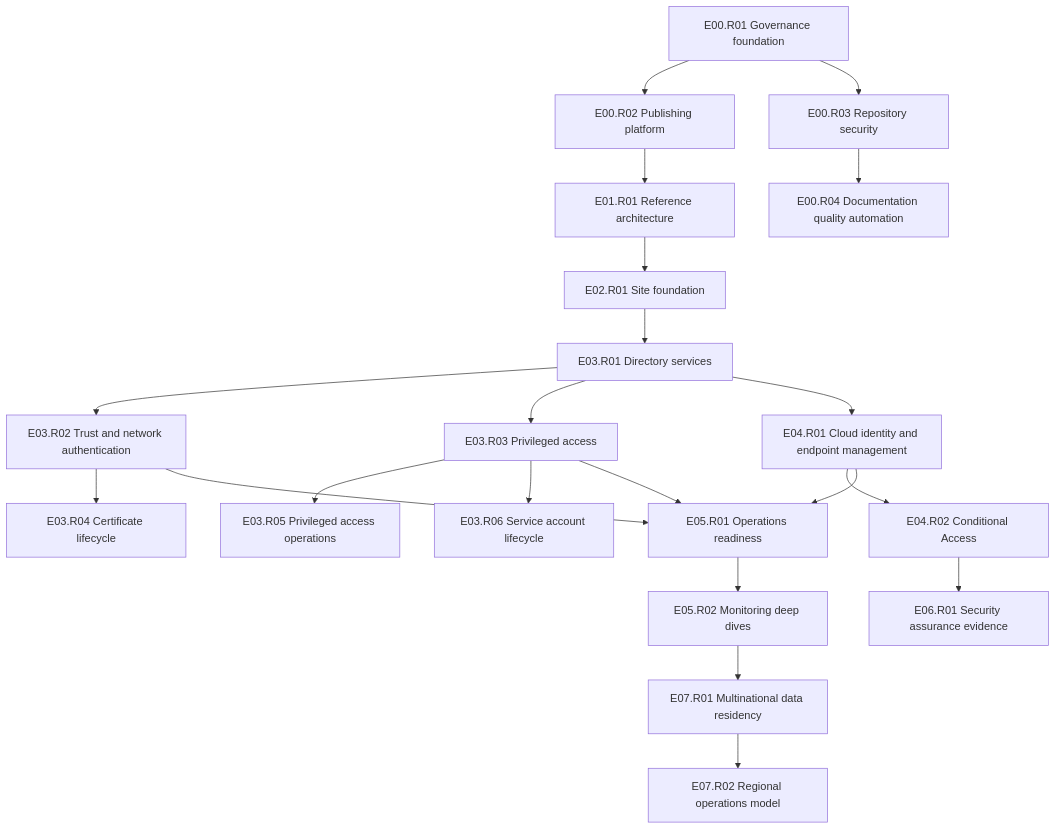
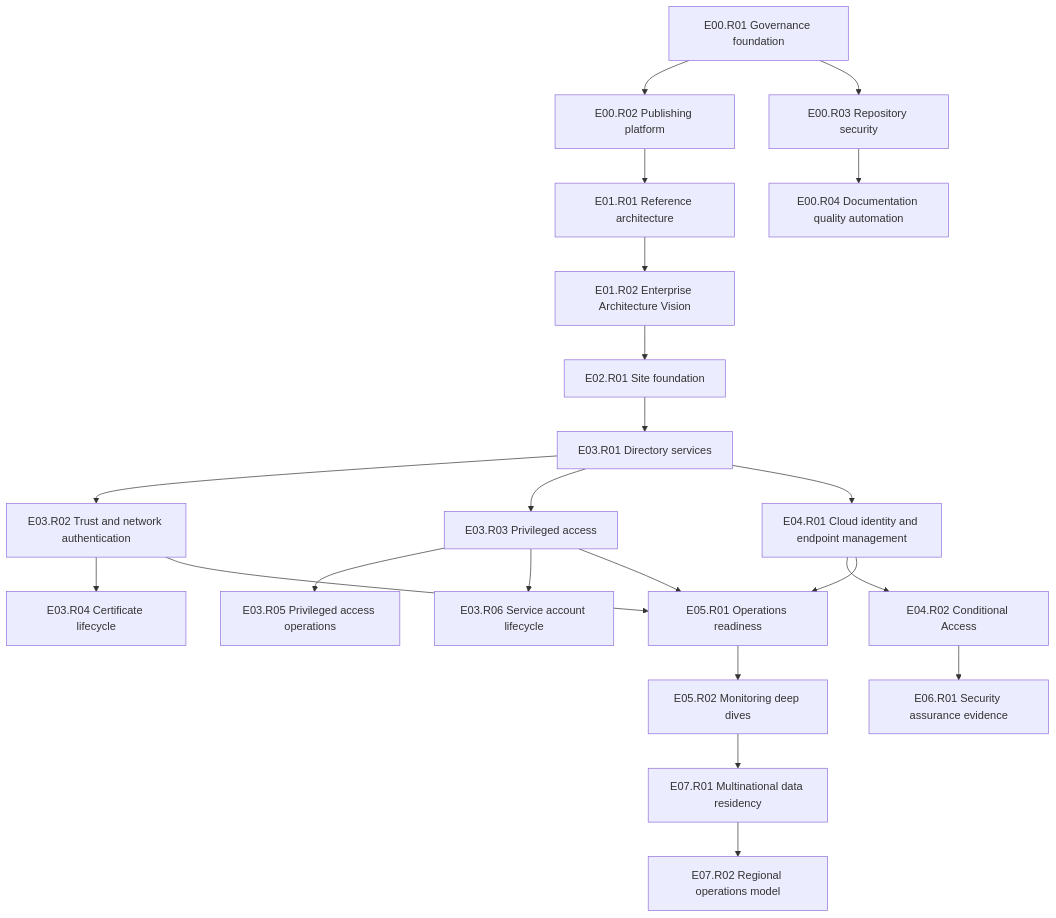
The second of 3 diagrams in docs/project/epic-release-architecture.md (gntech-dev/geil-enterprise-docs), drawn with Mermaid before and after one commit. The commit also changed other lines of this file and 14 other files, not shown here.

Commit message:
docs: establish enterprise architecture vision

````diff
--- a/docs/project/epic-release-architecture.md
+++ b/docs/project/epic-release-architecture.md
@@ -87,38 +87,39 @@
 ```mermaid
 flowchart TD
     R001[E00.R01 Governance foundation]
     R002[E00.R02 Publishing platform]
     R101[E01.R01 Reference architecture]
+    R102[E01.R02 Enterprise Architecture Vision]
     R201[E02.R01 Site foundation]
     R301[E03.R01 Directory services]
     R302[E03.R02 Trust and network authentication]
     R303[E03.R03 Privileged access]
     R401[E04.R01 Cloud identity and endpoint management]
     R501[E05.R01 Operations readiness]
     R304[E03.R04 Certificate lifecycle]
     R402[E04.R02 Conditional Access]
     R305[E03.R05 Privileged access operations]
     R306[E03.R06 Service account lifecycle]
     R003[E00.R03 Repository security]
     R004[E00.R04 Documentation quality automation]
     R701[E07.R01 Multinational data residency]
     R502[E05.R02 Monitoring deep dives]
     R601[E06.R01 Security assurance evidence]
     R702[E07.R02 Regional operations model]
 
-    R001 --> R002 --> R101 --> R201 --> R301
+    R001 --> R002 --> R101 --> R102 --> R201 --> R301
     R301 --> R302
     R301 --> R303
     R302 --> R304
     R303 --> R305
     R303 --> R306
     R301 --> R401
     R401 --> R402
     R302 --> R501
     R303 --> R501
     R401 --> R501
     R001 --> R003 --> R004
     R501 --> R502
     R402 --> R601
     R502 --> R701 --> R702
 ```
````
